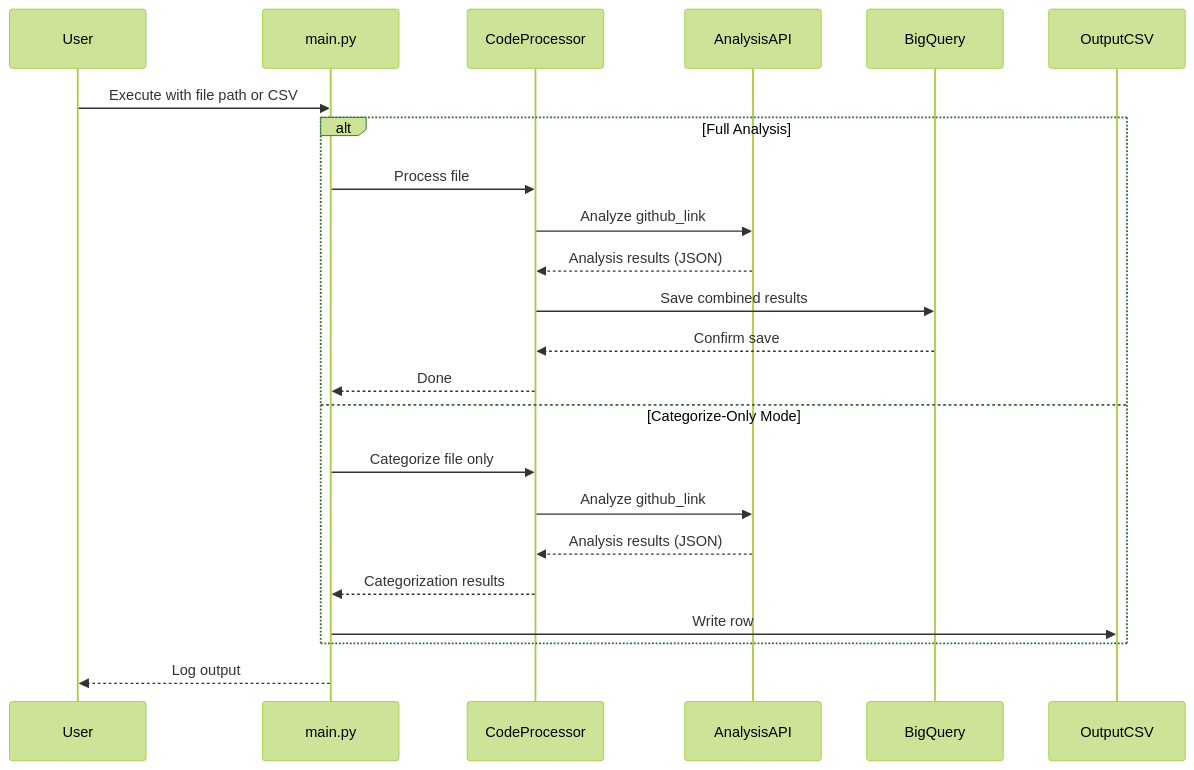
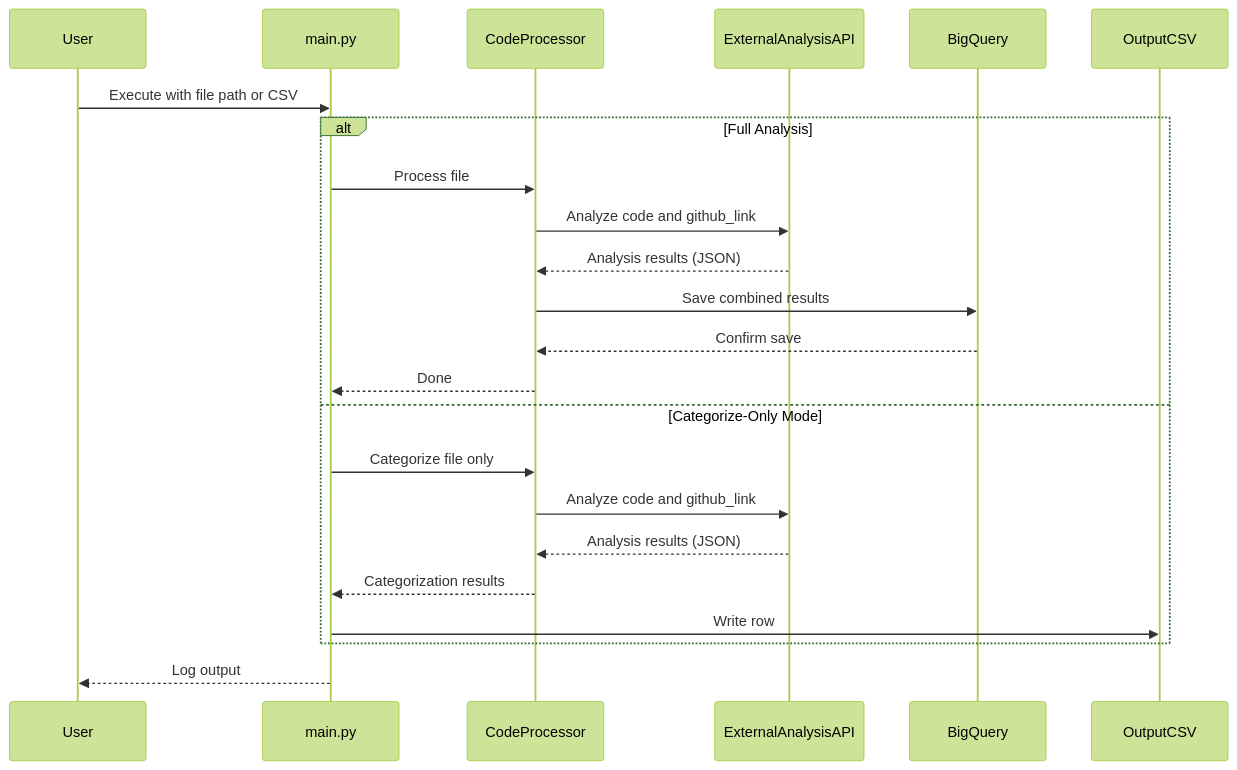
Before and after one commit to joeshirey/JSRepoAnalysis: the second of 2 diagrams in docs/TECHNICAL_DESIGN.md, drawn with Mermaid (forest theme). The commit also changed other lines of this file and 4 other files, not shown here.

Commit message:
docs: Align documentation with API-driven architecture

````diff
--- a/docs/TECHNICAL_DESIGN.md
+++ b/docs/TECHNICAL_DESIGN.md
@@ -76,28 +75,28 @@
 ```mermaid
 sequenceDiagram
     participant User
     participant main.py
     participant CodeProcessor
-    participant AnalysisAPI
+    participant ExternalAnalysisAPI
     participant BigQuery
     participant OutputCSV
 
     User->>main.py: Execute with file path or CSV
     
     alt Full Analysis
         main.py->>CodeProcessor: Process file
-        CodeProcessor->>AnalysisAPI: Analyze github_link
-        AnalysisAPI-->>CodeProcessor: Analysis results (JSON)
+        CodeProcessor->>ExternalAnalysisAPI: Analyze code and github_link
+        ExternalAnalysisAPI-->>CodeProcessor: Analysis results (JSON)
         CodeProcessor->>BigQuery: Save combined results
         BigQuery-->>CodeProcessor: Confirm save
         CodeProcessor-->>main.py: Done
     else Categorize-Only Mode
         main.py->>CodeProcessor: Categorize file only
-        CodeProcessor->>AnalysisAPI: Analyze github_link
-        AnalysisAPI-->>CodeProcessor: Analysis results (JSON)
+        CodeProcessor->>ExternalAnalysisAPI: Analyze code and github_link
+        ExternalAnalysisAPI-->>CodeProcessor: Analysis results (JSON)
         CodeProcessor-->>main.py: Categorization results
         main.py->>OutputCSV: Write row
     end
 
     main.py-->>User: Log output
 ```
````
